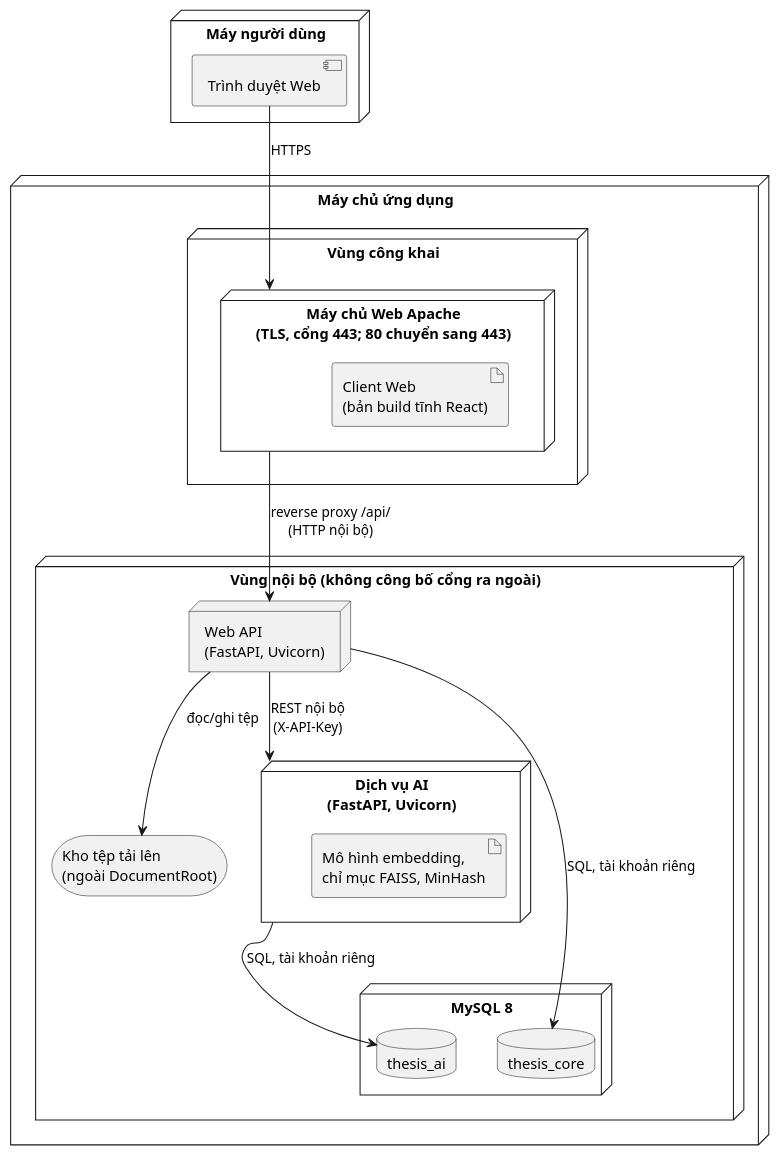
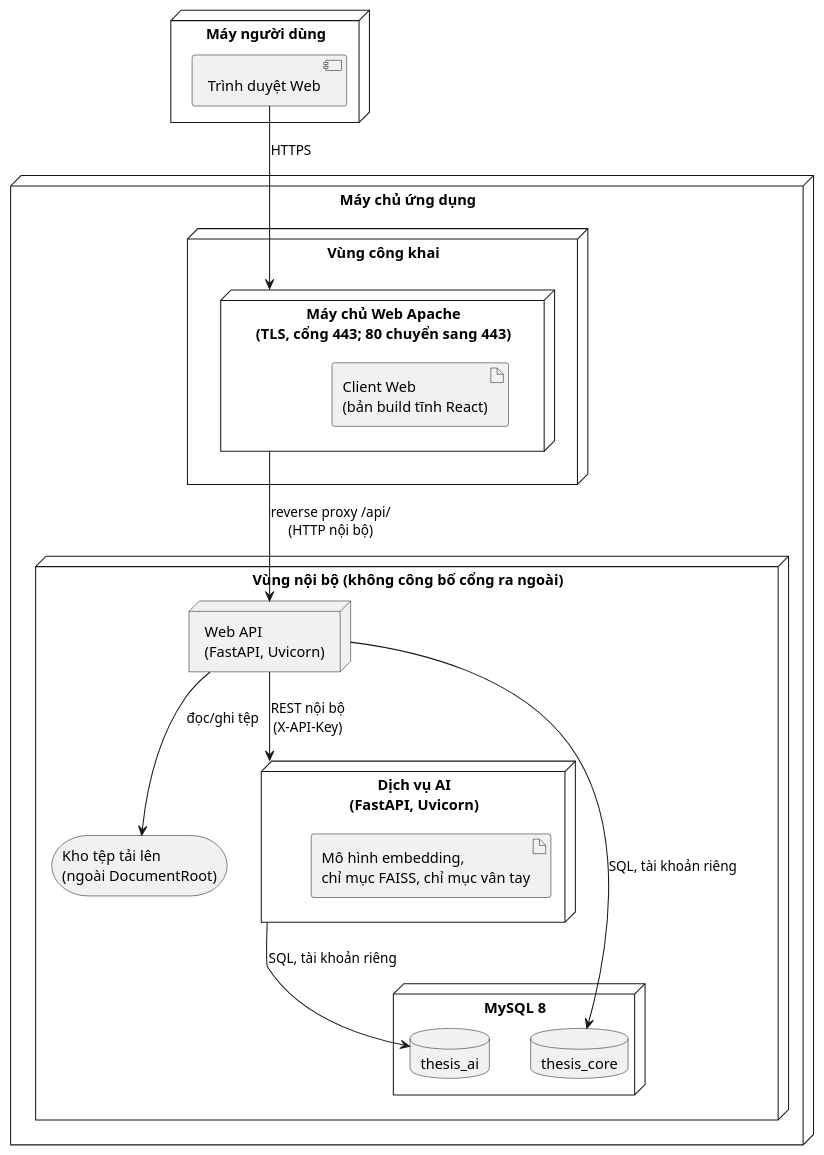
Before and after one commit to dtc235200036-alt/ICTU-DATN-NguyenThiMaiAnh: the diagram in docs/chuong-3-thiet-ke/kien-truc/deployment.puml, drawn with PlantUML. The commit also changed 46 other files, not shown here.

Commit message:
docs: cập nhật tài liệu, sơ đồ và báo cáo LaTeX theo tín hiệu vân tay và ngưỡng tổng

```diff
--- a/docs/chuong-3-thiet-ke/kien-truc/deployment.puml
+++ b/docs/chuong-3-thiet-ke/kien-truc/deployment.puml
@@ -1,37 +1,37 @@
 @startuml deployment
 ' Sơ đồ triển khai mức thiết kế: các nút, vùng mạng và giao thức.
 ' Cách hiện thực bằng Docker Compose (container, volume, IP) trình bày ở chương 4.
 skinparam nodesep 40
 skinparam ranksep 50
 
 node "Máy người dùng" as UserMachine {
   component "Trình duyệt Web" as Browser
 }
 
 node "Máy chủ ứng dụng" as Server {
   node "Vùng công khai" as Public {
     node "Máy chủ Web Apache\n(TLS, cổng 443; 80 chuyển sang 443)" as Apache {
       artifact "Client Web\n(bản build tĩnh React)" as ClientBuild
     }
   }
   node "Vùng nội bộ (không công bố cổng ra ngoài)" as Internal {
     node "Web API\n(FastAPI, Uvicorn)" as WebAPI
     node "Dịch vụ AI\n(FastAPI, Uvicorn)" as AIService {
-      artifact "Mô hình embedding,\nchỉ mục FAISS, MinHash" as AIModel
+      artifact "Mô hình embedding,\nchỉ mục FAISS, chỉ mục vân tay" as AIModel
     }
     node "MySQL 8" as MySQL {
       database "thesis_core" as SchemaCore
       database "thesis_ai" as SchemaAI
     }
     storage "Kho tệp tải lên\n(ngoài DocumentRoot)" as Upload
   }
 }
 
 Browser --> Apache : "HTTPS"
 Apache --> WebAPI : "reverse proxy /api/\n(HTTP nội bộ)"
 WebAPI --> AIService : "REST nội bộ\n(X-API-Key)"
 WebAPI --> SchemaCore : "SQL, tài khoản riêng"
 AIService --> SchemaAI : "SQL, tài khoản riêng"
 WebAPI --> Upload : "đọc/ghi tệp"
 
 @enduml
```
